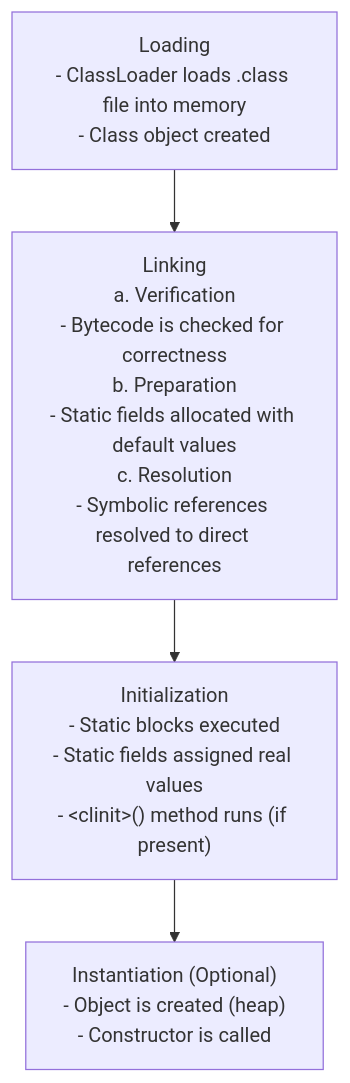
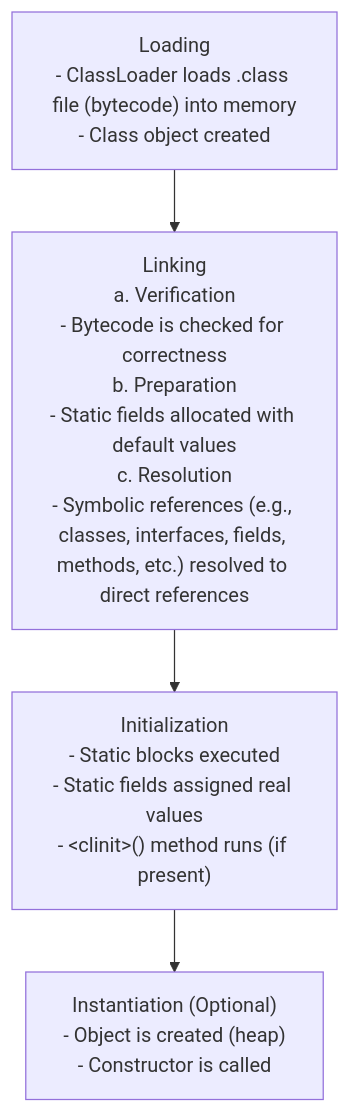
One commit to EricYoung37/Java-Backend-Course changed the diagram in Short Questions/HW1.md. Above: the diagram before and after it, drawn with Mermaid. The commit also changed other lines of this file and 2 other files, not shown here.

````diff
--- a/Short Questions/HW1.md
+++ b/Short Questions/HW1.md
@@ -293,9 +293,9 @@
 ```mermaid
 flowchart TD
-    A[Loading<br/>- ClassLoader loads .class file into memory<br/>- Class object created]
-    B[Linking<br/>a. Verification<br/>- Bytecode is checked for correctness<br/>b. Preparation<br/>- Static fields allocated with default values<br/>c. Resolution<br/>- Symbolic references resolved to direct references]
+    A["Loading<br/>- ClassLoader loads .class file (bytecode) into memory<br/>- Class object created"]
+    B["Linking<br/>a. Verification<br/>- Bytecode is checked for correctness<br/>b. Preparation<br/>- Static fields allocated with default values<br/>c. Resolution<br/>- Symbolic references (e.g., classes, interfaces, fields, methods, etc.) resolved to direct references"]
     C[" Initialization<br/>- Static blocks executed<br/>- Static fields assigned real values<br/>- &ltclinit&gt() method runs (if present)"]
     D[" Instantiation (Optional)<br/>- Object is created (heap)<br/>- Constructor is called"]
 
 A --> B --> C --> D
 ```
````
